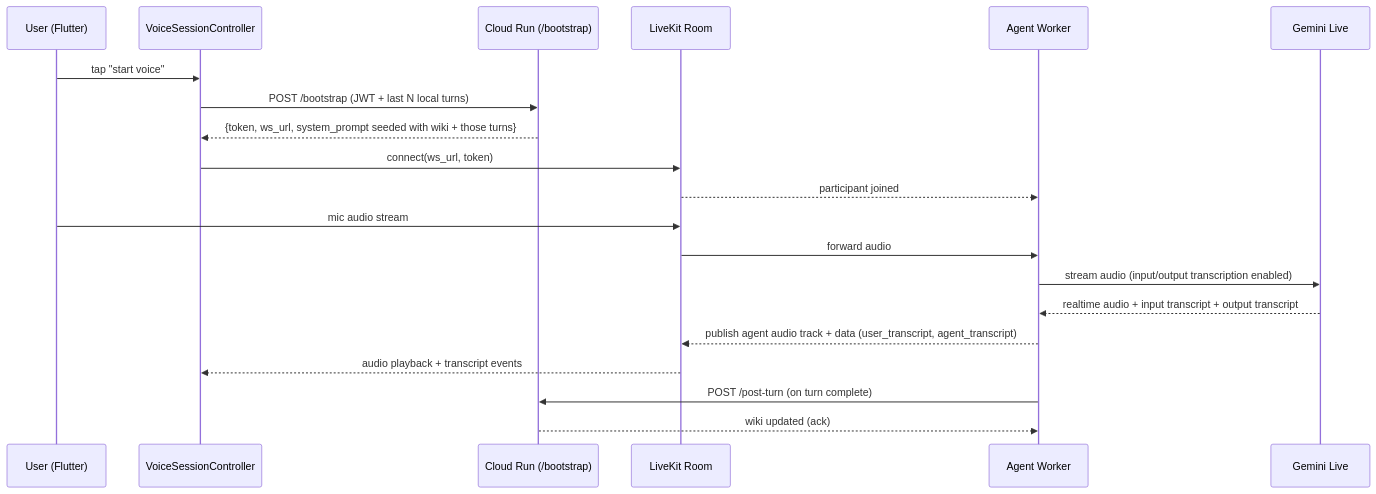
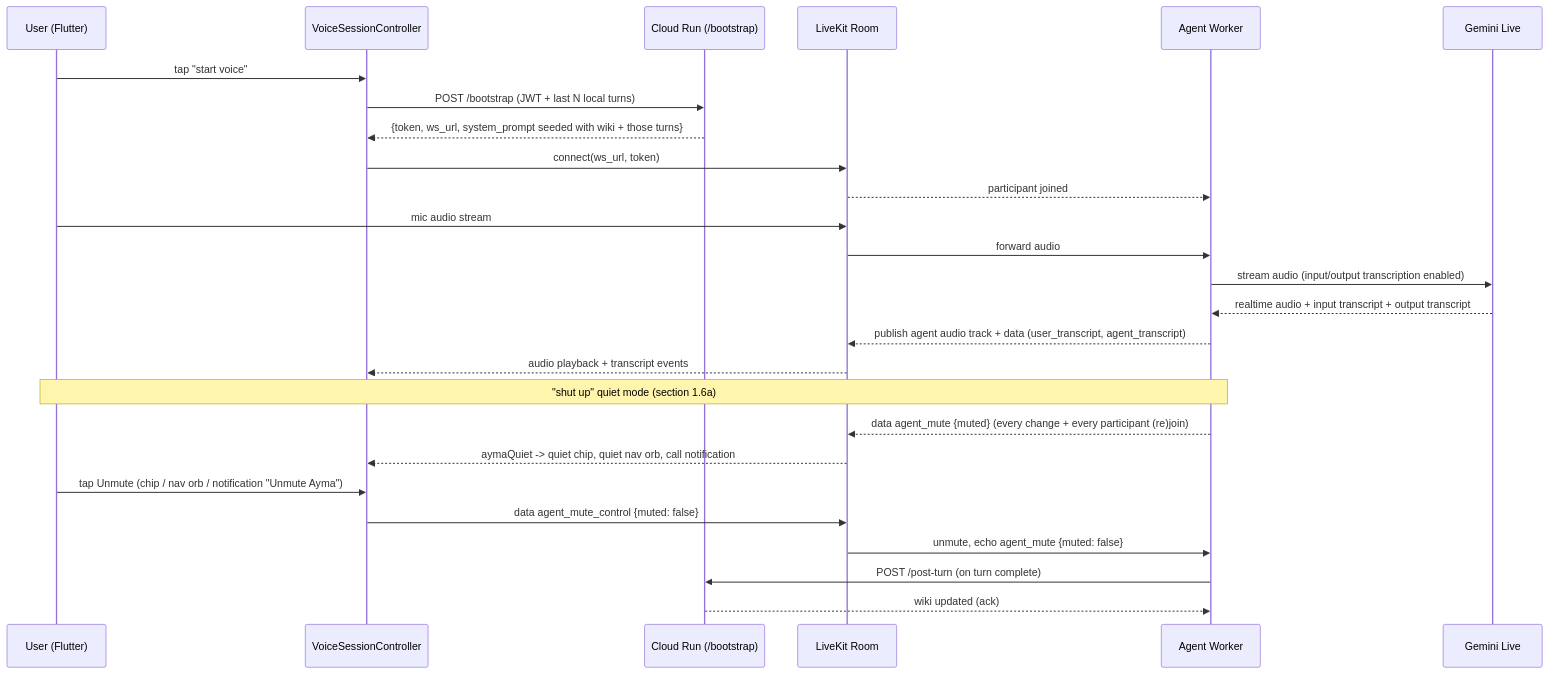
One commit to suhailps93/ayma-v2 changed the fourth of 7 diagrams in docs/ARCHITECTURE.md. Above: the diagram before and after it, drawn with Mermaid. The commit also changed other lines of this file and 24 other files, not shown here.

````diff
--- a/docs/ARCHITECTURE.md
+++ b/docs/ARCHITECTURE.md
@@ -241,23 +241,29 @@
 ```mermaid
 sequenceDiagram
   participant U as User (Flutter)
   participant VS as VoiceSessionController
   participant CR as Cloud Run (/bootstrap)
   participant LK as LiveKit Room
   participant AG as Agent Worker
   participant G as Gemini Live
 
   U->>VS: tap "start voice"
   VS->>CR: POST /bootstrap (JWT + last N local turns)
   CR-->>VS: {token, ws_url, system_prompt seeded with wiki + those turns}
   VS->>LK: connect(ws_url, token)
   LK-->>AG: participant joined
   U->>LK: mic audio stream
   LK->>AG: forward audio
   AG->>G: stream audio (input/output transcription enabled)
   G-->>AG: realtime audio + input transcript + output transcript
   AG-->>LK: publish agent audio track + data (user_transcript, agent_transcript)
   LK-->>VS: audio playback + transcript events
+  Note over U,AG: "shut up" quiet mode (section 1.6a)
+  AG-->>LK: data agent_mute {muted} (every change + every participant (re)join)
+  LK-->>VS: aymaQuiet -> quiet chip, quiet nav orb, call notification
+  U->>VS: tap Unmute (chip / nav orb / notification "Unmute Ayma")
+  VS->>LK: data agent_mute_control {muted: false}
+  LK->>AG: unmute, echo agent_mute {muted: false}
   AG->>CR: POST /post-turn (on turn complete)
   CR-->>AG: wiki updated (ack)
 ```
````
